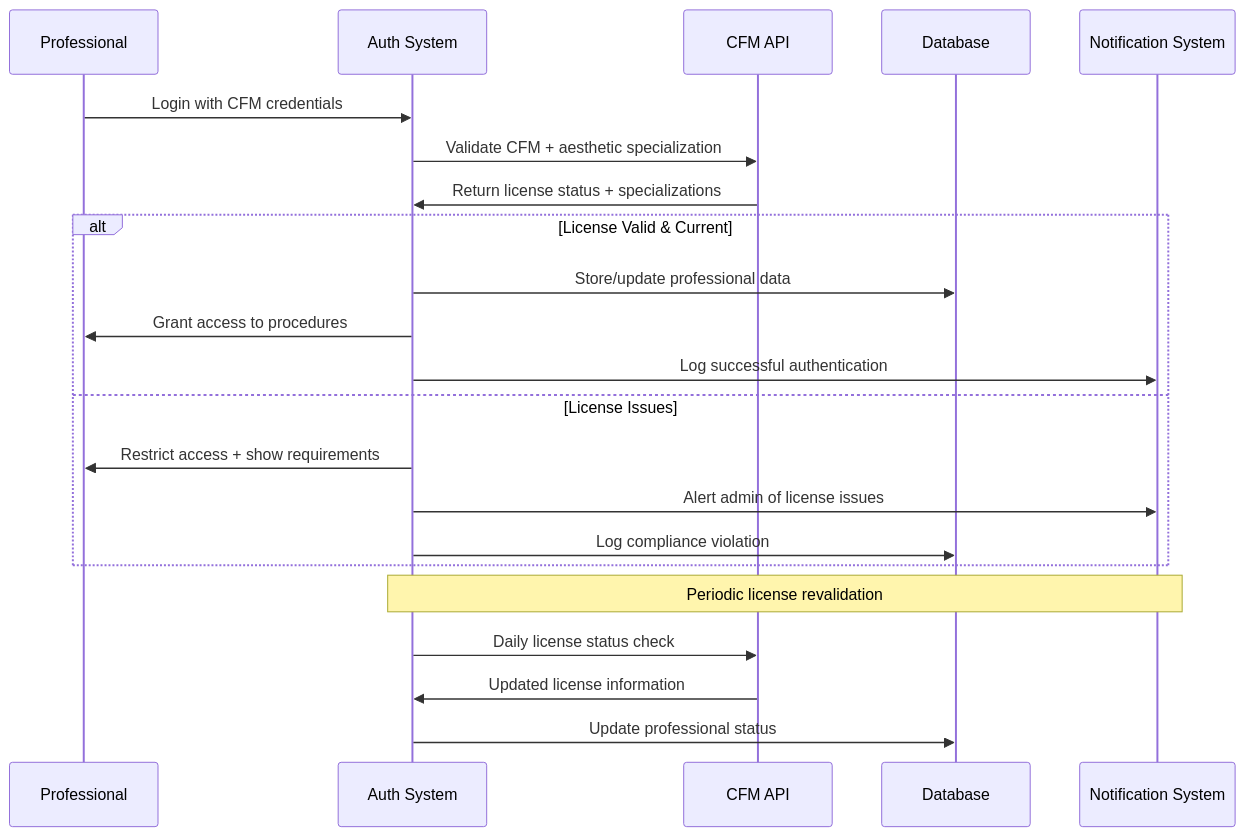
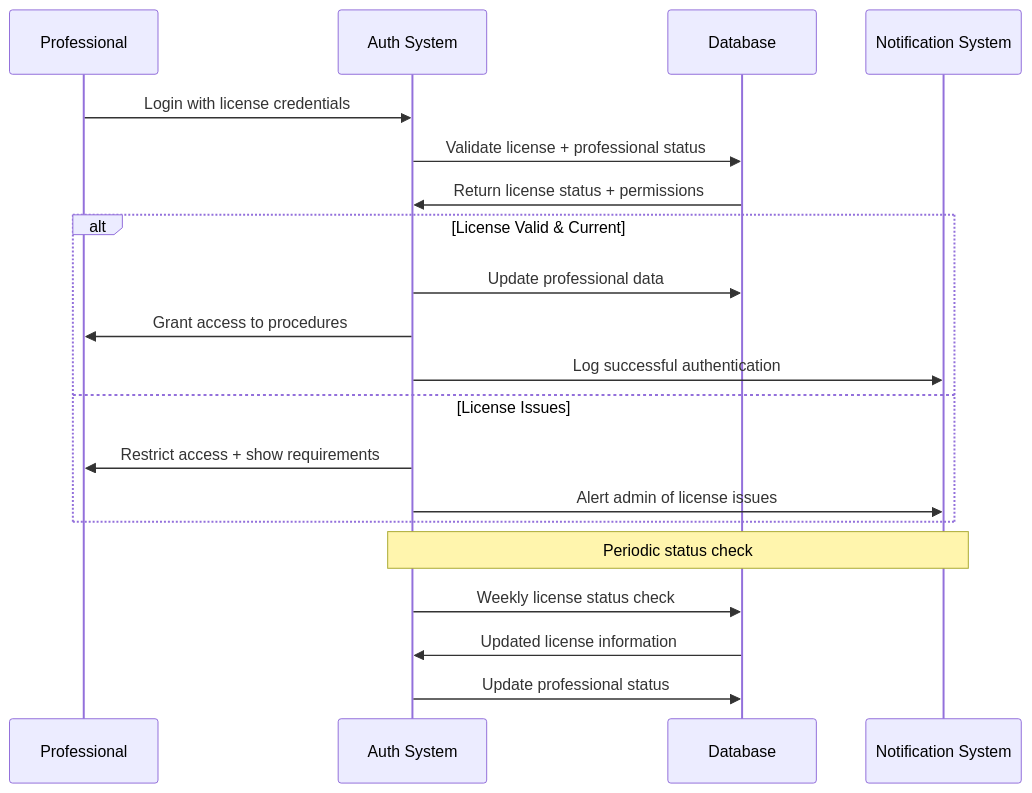
Before and after one commit to GrupoUS/neonpro: the eighth of 16 diagrams in docs/architecture/aesthetic-platform-flows.md, drawn with Mermaid. The commit also changed other lines of this file and 892 other files, not shown here.

````diff
--- a/docs/architecture/aesthetic-platform-flows.md
+++ b/docs/architecture/aesthetic-platform-flows.md
@@ -301,27 +425,25 @@
 ```mermaid
 sequenceDiagram
     participant P as Professional
     participant A as Auth System
-    participant CFM as CFM API
     participant DB as Database
     participant N as Notification System
 
-    P->>A: Login with CFM credentials
-    A->>CFM: Validate CFM + aesthetic specialization
-    CFM->>A: Return license status + specializations
+    P->>A: Login with license credentials
+    A->>DB: Validate license + professional status
+    DB->>A: Return license status + permissions
 
     alt License Valid & Current
-        A->>DB: Store/update professional data
+        A->>DB: Update professional data
         A->>P: Grant access to procedures
         A->>N: Log successful authentication
     else License Issues
         A->>P: Restrict access + show requirements
         A->>N: Alert admin of license issues
-        A->>DB: Log compliance violation
     end
 
-    Note over A,N: Periodic license revalidation
-    A->>CFM: Daily license status check
-    CFM->>A: Updated license information
+    Note over A,N: Periodic status check
+    A->>DB: Weekly license status check
+    DB->>A: Updated license information
     A->>DB: Update professional status
 ```
````
